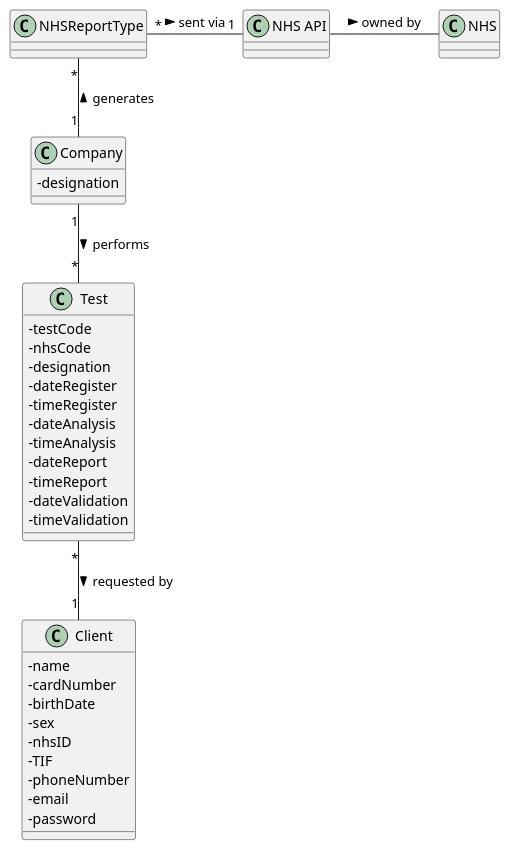
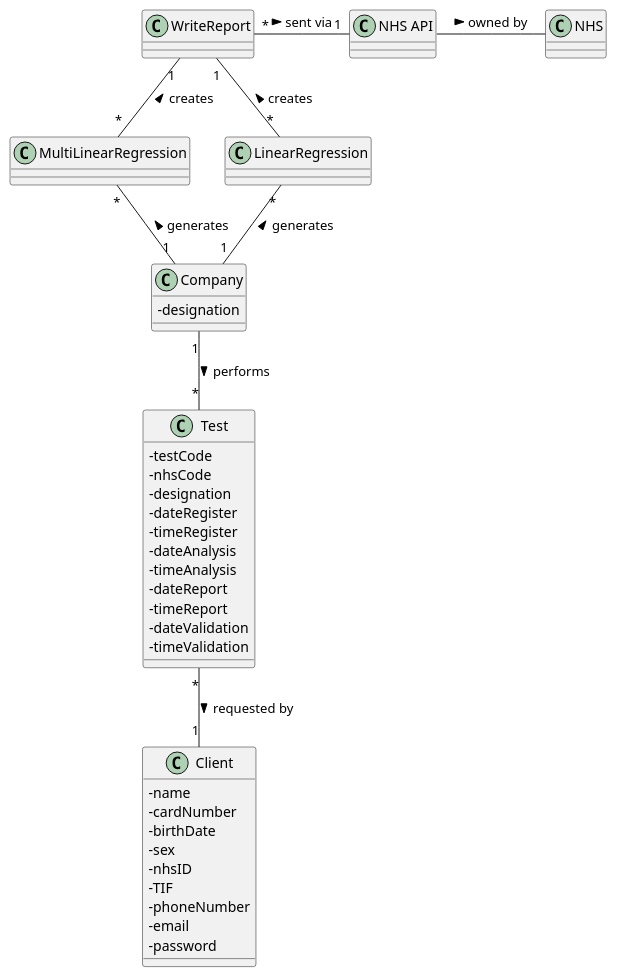
One commit to MadDinosaur/ISEP-LAPR2 changed the diagram in docs/SprintD/US18/US18_DM.puml. Above: the diagram before and after it, drawn with PlantUML. The commit also changed 5 other files, not shown here.

```diff
--- a/docs/SprintD/US18/US18_DM.puml
+++ b/docs/SprintD/US18/US18_DM.puml
@@ -1,39 +1,48 @@
 @startuml
 
 skinparam classAttributeIconSize 0
 
 class Company {
 -designation
 }
 class Test {
 -testCode
 -nhsCode
 -designation
 -dateRegister
 -timeRegister
 -dateAnalysis
 -timeAnalysis
 -dateReport
 -timeReport
 -dateValidation
 -timeValidation
 }
 class Client {
 -name
 -cardNumber
 -birthDate
 -sex
 -nhsID
 -TIF
 -phoneNumber
 -email
 -password
 }
+class MultiLinearRegression{
+}
+class LinearRegression{
+}
+class WriteReport{
+}
 
-"NHS API" "1"-left-"*" NHSReportType : sent via <
+"NHS API" "1"-left-"*" WriteReport : sent via <
 "NHS API" -right- NHS : owned by >
-NHSReportType "*"--"1" Company : generates <
+MultiLinearRegression "*"--"1" Company : generates <
+LinearRegression "*"--"1" Company : generates <
+MultiLinearRegression "*"-up-"1" WriteReport : creates >
+LinearRegression "*"-up-"1" WriteReport : creates >
 Test "*"-up-"1" Company : performs <
 Test "*"--"1" Client : requested by >
 
 @enduml
```
